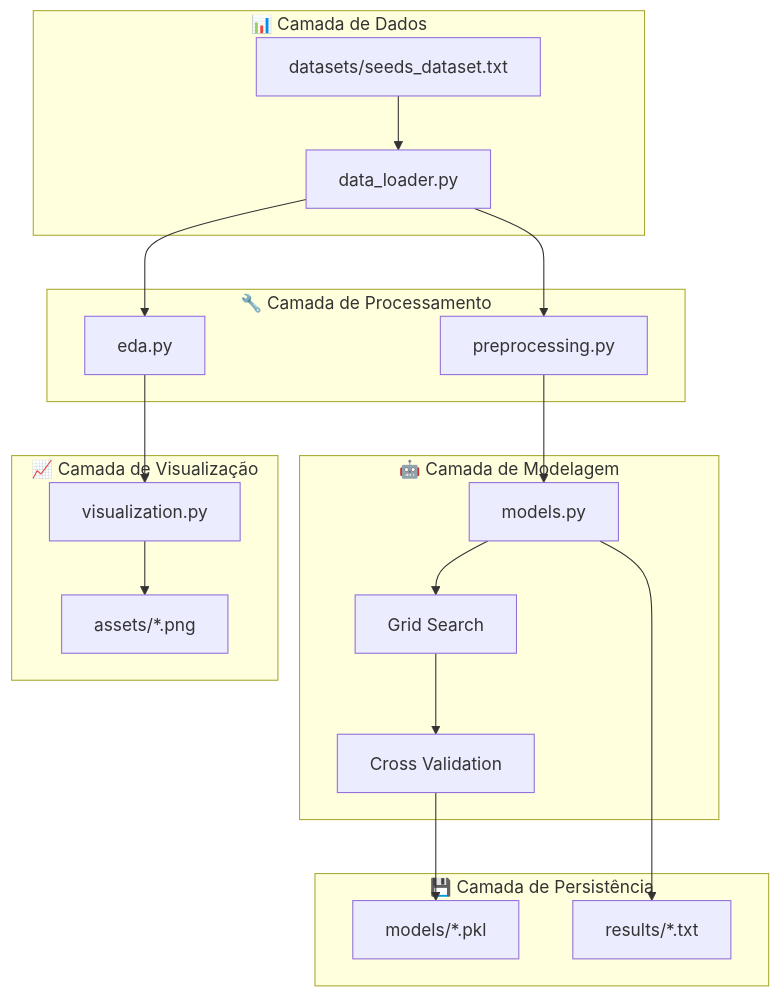
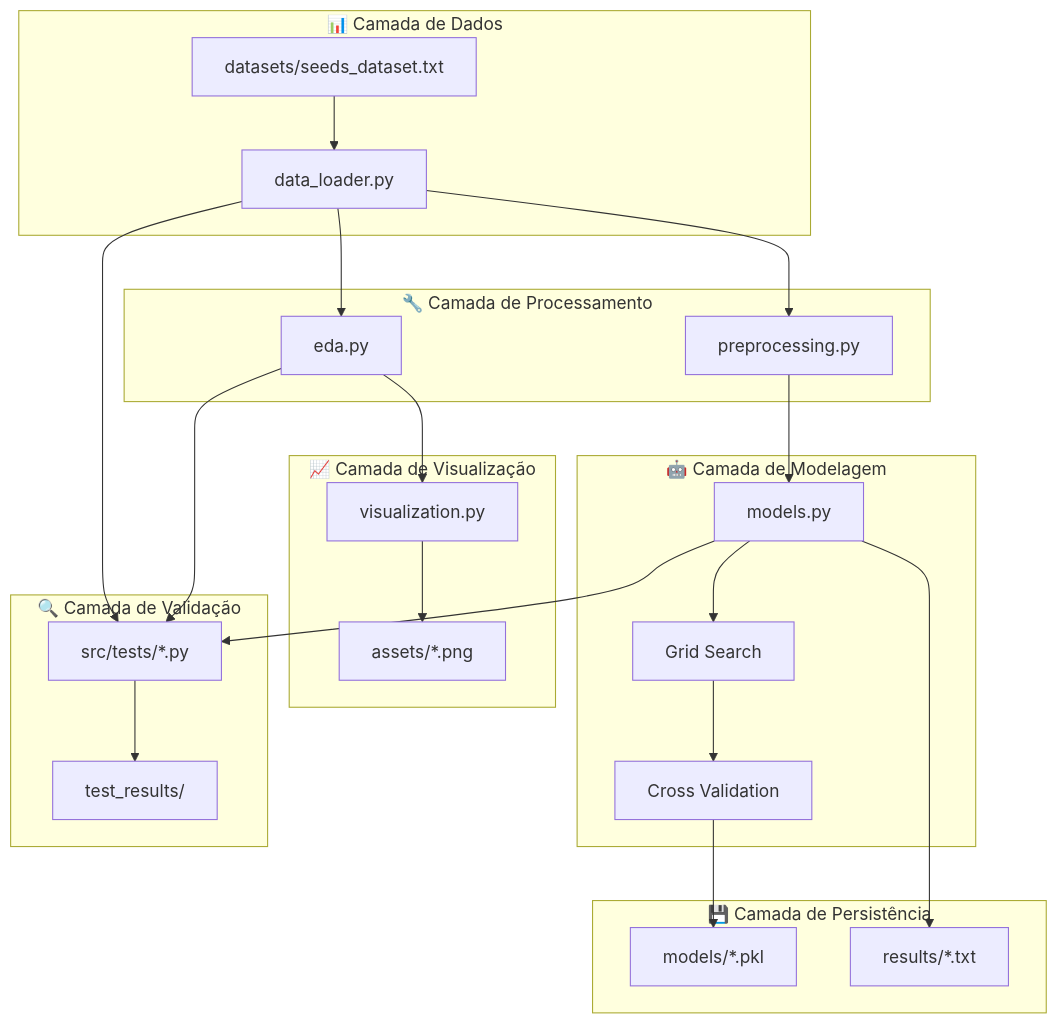
The diagram in README.md (noepraexis/fase4-cap3), drawn with Mermaid before and after one commit. The commit also changed other lines of this file and 16 other files, not shown here.

````diff
--- a/README.md
+++ b/README.md
@@ -156,39 +175,48 @@
 ```mermaid
 graph TB
     subgraph "📊 Camada de Dados"
         A[datasets/seeds_dataset.txt]
         B[data_loader.py]
     end
     
     subgraph "🔧 Camada de Processamento"
         C[preprocessing.py]
         D[eda.py]
     end
     
     subgraph "🤖 Camada de Modelagem"
         E[models.py]
         F[Grid Search]
         G[Cross Validation]
     end
     
     subgraph "📈 Camada de Visualização"
         H[visualization.py]
         I[assets/*.png]
     end
     
+    subgraph "🔍 Camada de Validação"
+        L[src/tests/*.py]
+        M[test_results/]
+    end
+    
     subgraph "💾 Camada de Persistência"
         J[models/*.pkl]
         K[results/*.txt]
     end
     
     A --> B
     B --> C
     B --> D
     C --> E
     E --> F
     F --> G
     G --> J
     D --> H
     H --> I
     E --> K
+    B --> L
+    D --> L
+    E --> L
+    L --> M
 ```
````
